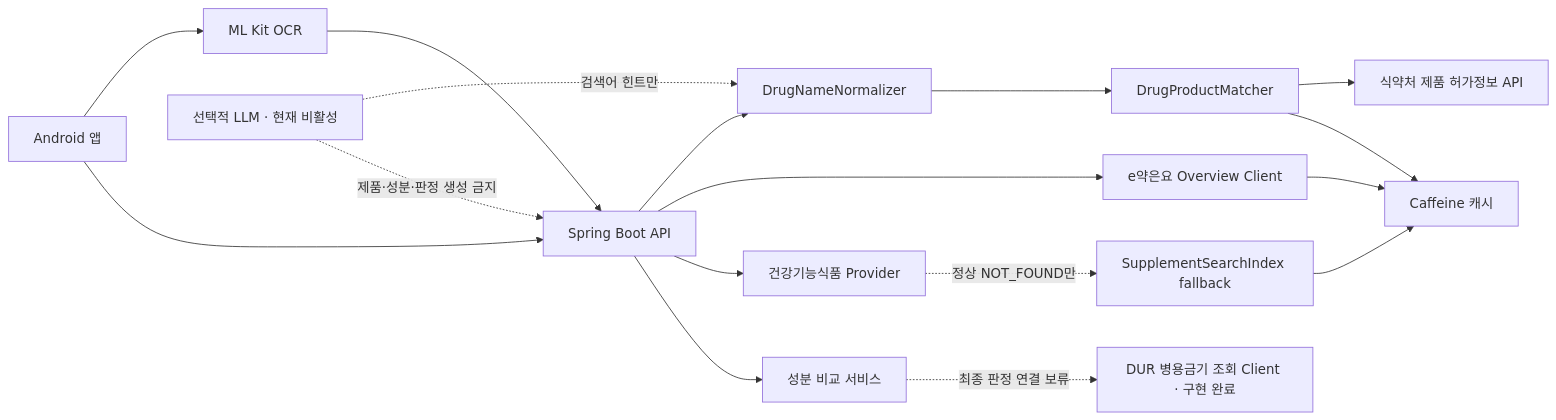
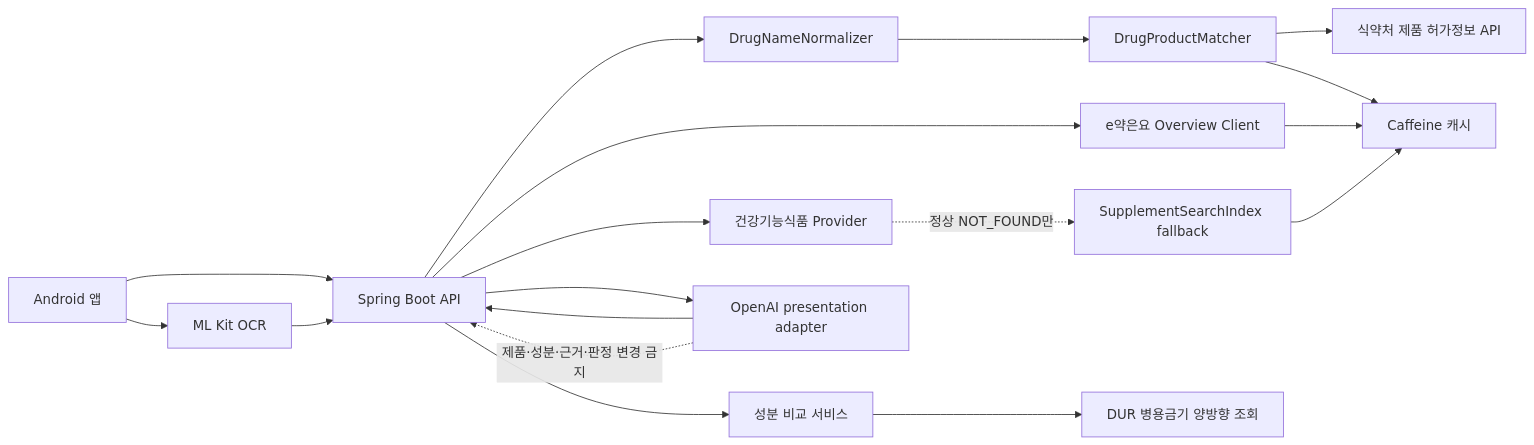
Before and after one commit to tmdrua02/AX_Hackathon_Caviar: the first of 5 diagrams in backend/docs/architecture.md, drawn with Mermaid. The commit also changed other lines of this file and 70 other files, not shown here.

````diff
--- a/backend/docs/architecture.md
+++ b/backend/docs/architecture.md
@@ -5,19 +5,20 @@
 ```mermaid
 flowchart LR
     A["Android 앱"] --> O["ML Kit OCR"]
     A --> B["Spring Boot API"]
     O --> B
     B --> N["DrugNameNormalizer"]
     N --> M["DrugProductMatcher"]
     M --> P["식약처 제품 허가정보 API"]
     M --> C["Caffeine 캐시"]
     B --> E["e약은요 Overview Client"]
     E --> C
     B --> H["건강기능식품 Provider"]
     H -. "정상 NOT_FOUND만" .-> S["SupplementSearchIndex fallback"]
     S --> C
     B --> I["성분 비교 서비스"]
-    I -. "최종 판정 연결 보류" .-> D["DUR 병용금기 조회 Client · 구현 완료"]
-    L["선택적 LLM · 현재 비활성"] -. "검색어 힌트만" .-> N
-    L -. "제품·성분·판정 생성 금지" .-> B
+    I --> D["DUR 병용금기 양방향 조회"]
+    B --> L["OpenAI presentation adapter"]
+    L --> B
+    L -. "제품·성분·근거·판정 변경 금지" .-> B
 ```
````
